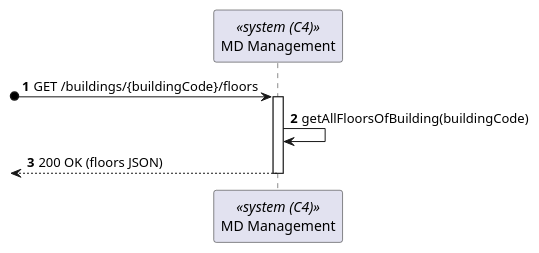
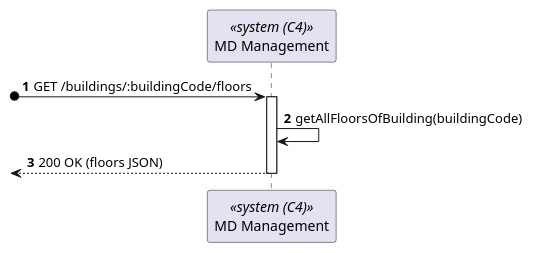
Before and after one commit to miseEnPlace-dev/lapr5: the diagram in _wiki/sprint-a/us07-210/views/level-2/process-view.puml, drawn with PlantUML. The commit also changed 2 other files, not shown here.

```diff
--- a/_wiki/sprint-a/us07-210/views/level-2/process-view.puml
+++ b/_wiki/sprint-a/us07-210/views/level-2/process-view.puml
@@ -1,13 +1,13 @@
 @startuml process-view
 autonumber
 participant SYS as "MD Management" <<system (C4)>>
 
 
-?o-> SYS : GET /buildings/{buildingCode}/floors
+?o-> SYS : GET /buildings/:buildingCode/floors
 activate SYS
 
 SYS -> SYS : getAllFloorsOfBuilding(buildingCode)
 <-- SYS : 200 OK (floors JSON)
 deactivate SYS
 
 @enduml
```
